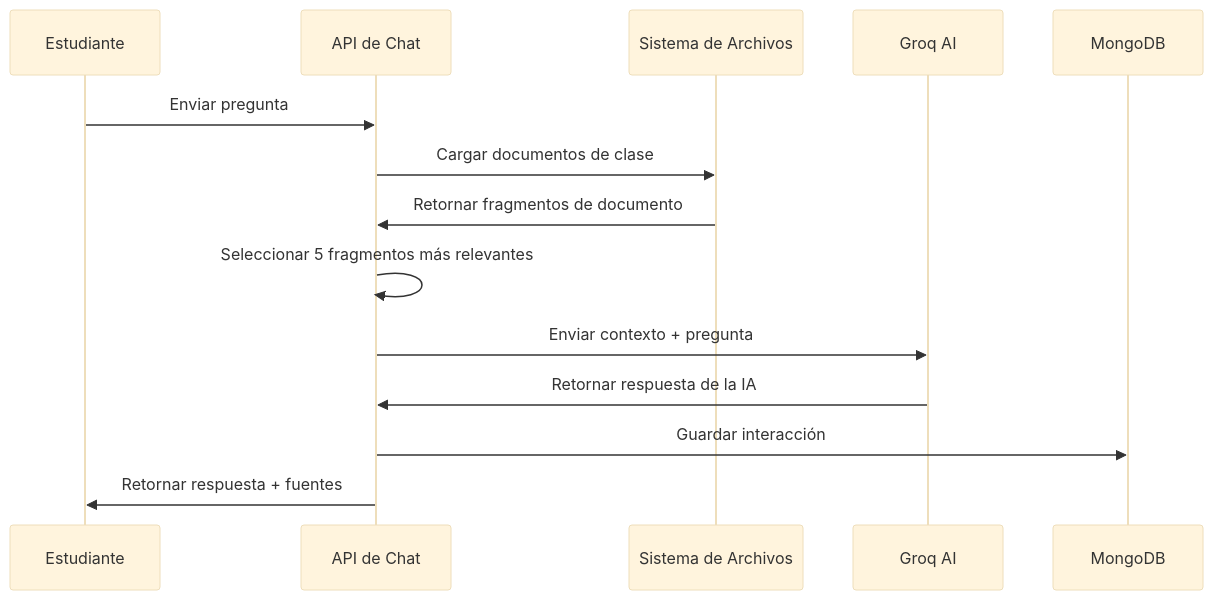
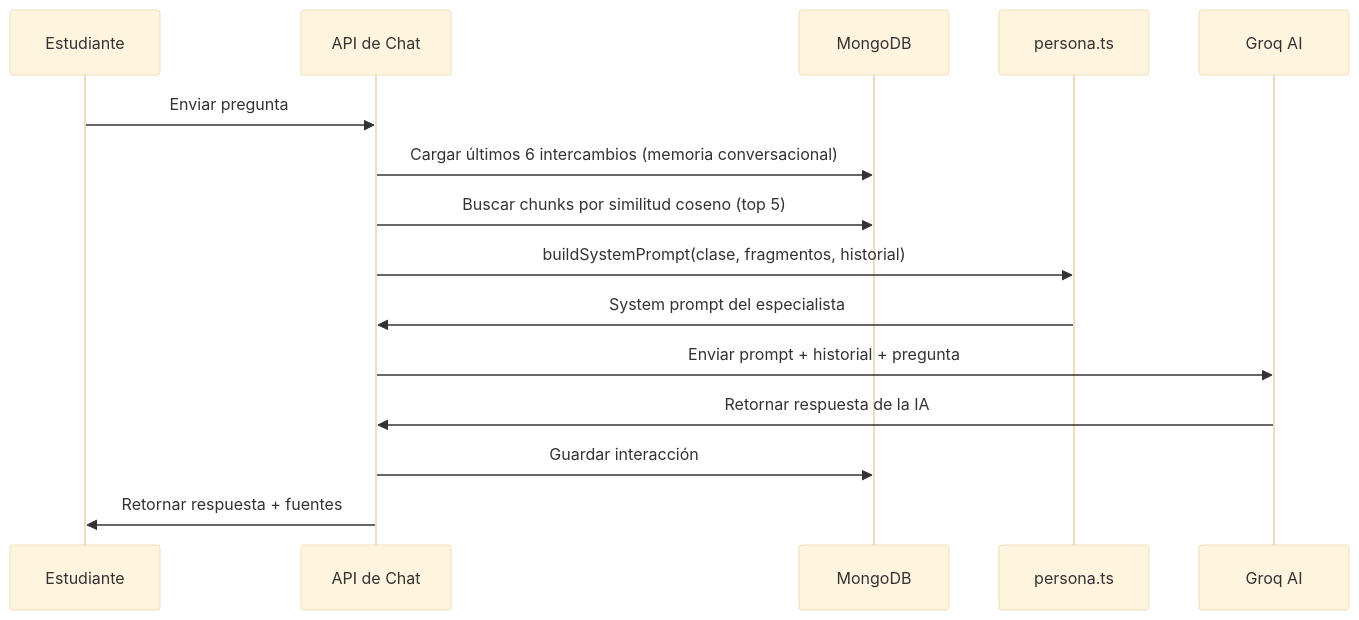
The third of 5 diagrams in ARQUITECTURA.md (olired2/chatbot), drawn with Mermaid (base theme) before and after one commit. The commit also changed other lines of this file and 2 other files, not shown here.

````diff
--- a/ARQUITECTURA.md
+++ b/ARQUITECTURA.md
@@ -295,17 +295,18 @@
 ```mermaid
 sequenceDiagram
     participant E as Estudiante
     participant API as API de Chat
-    participant FS as Sistema de Archivos
+    participant DB as MongoDB
+    participant Persona as persona.ts
     participant Groq as Groq AI
-    participant DB as MongoDB
     
     E->>API: Enviar pregunta
-    API->>FS: Cargar documentos de clase
-    FS->>API: Retornar fragmentos de documento
-    API->>API: Seleccionar 5 fragmentos más relevantes
-    API->>Groq: Enviar contexto + pregunta
+    API->>DB: Cargar últimos 6 intercambios (memoria conversacional)
+    API->>DB: Buscar chunks por similitud coseno (top 5)
+    API->>Persona: buildSystemPrompt(clase, fragmentos, historial)
+    Persona->>API: System prompt del especialista
+    API->>Groq: Enviar prompt + historial + pregunta
     Groq->>API: Retornar respuesta de la IA
     API->>DB: Guardar interacción
     API->>E: Retornar respuesta + fuentes
 ```
````
